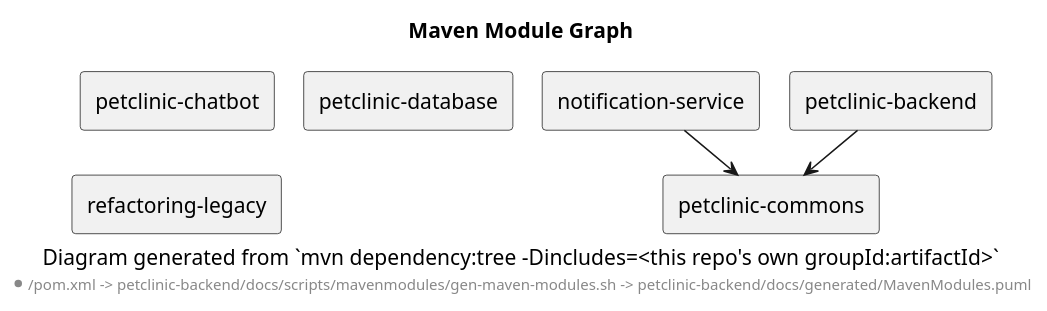
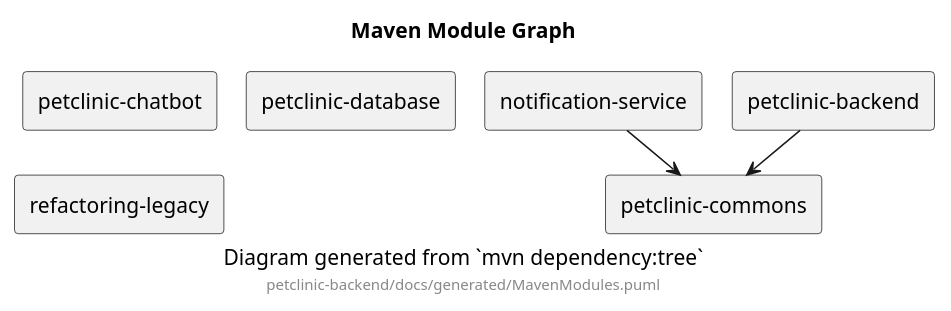
One commit to victorrentea/petclinic changed the diagram in petclinic-backend/docs/generated/MavenModules.puml. Above: the diagram before and after it, drawn with PlantUML. The commit also changed 1 other file, not shown here.

Commit message:
Maven modules diagram: the caption names the command and the file, nothing more
"mvn dependency:tree" without the -Dincludes filter, and the generated .puml itself
instead of the pom -> script -> file chain.

```diff
--- a/petclinic-backend/docs/generated/MavenModules.puml
+++ b/petclinic-backend/docs/generated/MavenModules.puml
@@ -1,23 +1,23 @@
 @startuml
 
 title Maven Module Graph
-caption Diagram generated from `mvn dependency:tree -Dincludes=<this repo's own groupId:artifactId>`
-footer */pom.xml -> petclinic-backend/docs/scripts/mavenmodules/gen-maven-modules.sh -> petclinic-backend/docs/generated/MavenModules.puml
+caption Diagram generated from `mvn dependency:tree`
+footer petclinic-backend/docs/generated/MavenModules.puml
 
 skinparam shadowing false
 skinparam componentStyle rectangle
 skinparam nodesep 20
 skinparam ranksep 30
 
 component "notification-service" as notification_service
 component "petclinic-backend" as petclinic_backend
 component "petclinic-chatbot" as petclinic_chatbot
 component "petclinic-commons" as petclinic_commons
 component "petclinic-database" as petclinic_database
 component "refactoring-legacy" as refactoring_legacy
 
 notification_service --> petclinic_commons
 petclinic_backend --> petclinic_commons
 
 
 @enduml
```
